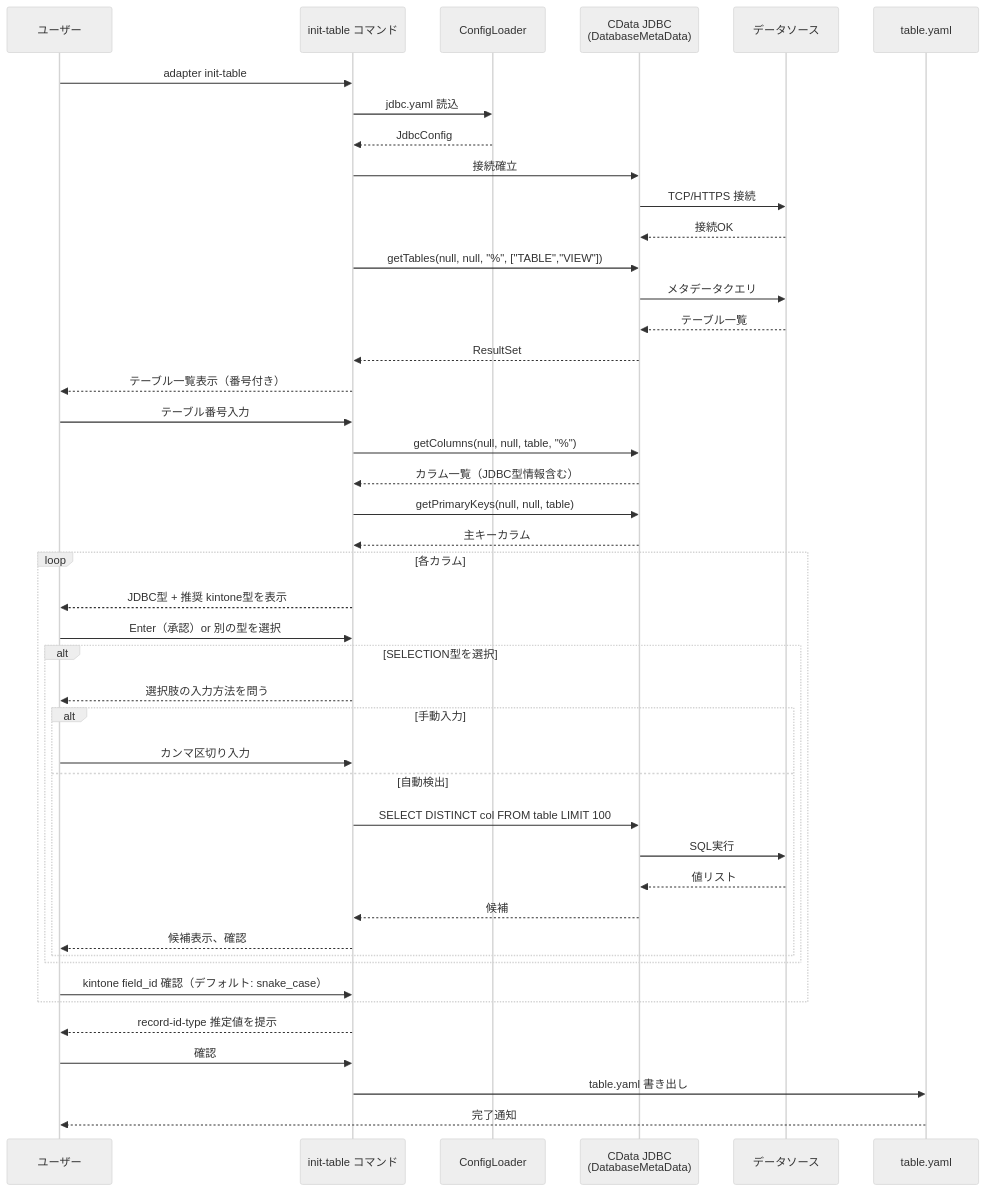
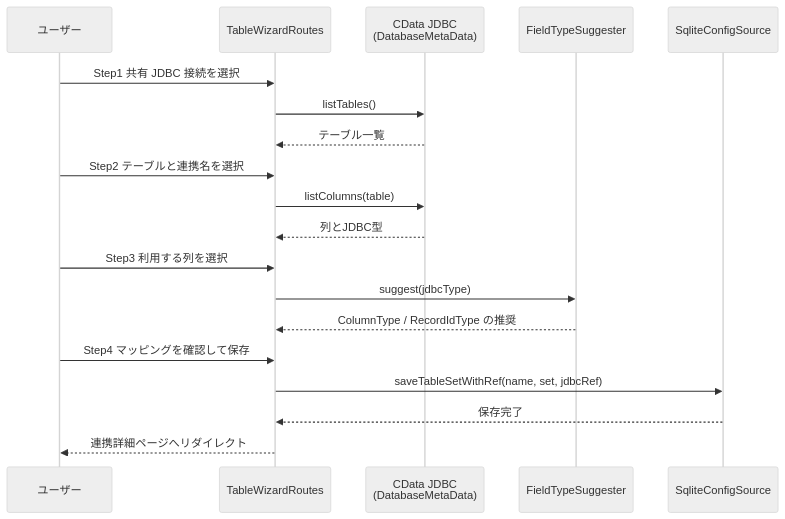
One commit to sugimomoto/KintoneExternalAppCDataSample changed the eighth of 11 diagrams in docs/functional-design.md. Above: the diagram before and after it, drawn with Mermaid (neutral theme). The commit also changed other lines of this file and 85 other files, not shown here.

First line of the commit message:
refactor(config): YAML 設定ストアを廃止し SQLite に一本化

````diff
--- a/docs/functional-design.md
+++ b/docs/functional-design.md
@@ -363,51 +369,22 @@
 ```mermaid
 sequenceDiagram
     participant U as ユーザー
-    participant CLI as init-table コマンド
-    participant CFG as ConfigLoader
+    participant W as TableWizardRoutes
     participant J as CData JDBC<br/>(DatabaseMetaData)
-    participant DS as データソース
-    participant FILE as table.yaml
+    participant FT as FieldTypeSuggester
+    participant CS as SqliteConfigSource
 
-    U->>CLI: adapter init-table
-    CLI->>CFG: jdbc.yaml 読込
-    CFG-->>CLI: JdbcConfig
-    CLI->>J: 接続確立
-    J->>DS: TCP/HTTPS 接続
-    DS-->>J: 接続OK
-
-    CLI->>J: getTables(null, null, "%", ["TABLE","VIEW"])
-    J->>DS: メタデータクエリ
-    DS-->>J: テーブル一覧
-    J-->>CLI: ResultSet
-    CLI-->>U: テーブル一覧表示（番号付き）
-
-    U->>CLI: テーブル番号入力
-    CLI->>J: getColumns(null, null, table, "%")
-    J-->>CLI: カラム一覧（JDBC型情報含む）
-    CLI->>J: getPrimaryKeys(null, null, table)
-    J-->>CLI: 主キーカラム
-
-    loop 各カラム
-        CLI-->>U: JDBC型 + 推奨 kintone型を表示
-        U->>CLI: Enter（承認）or 別の型を選択
-        alt SELECTION型を選択
-            CLI-->>U: 選択肢の入力方法を問う
-            alt 手動入力
-                U->>CLI: カンマ区切り入力
-            else 自動検出
-                CLI->>J: SELECT DISTINCT col FROM table LIMIT 100
-                J->>DS: SQL実行
-                DS-->>J: 値リスト
-                J-->>CLI: 候補
-                CLI-->>U: 候補表示、確認
-            end
-        end
-        U->>CLI: kintone field_id 確認（デフォルト: snake_case）
-    end
-
-    CLI-->>U: record-id-type 推定値を提示
-    U->>CLI: 確認
-    CLI->>FILE: table.yaml 書き出し
-    FILE-->>U: 完了通知
+    U->>W: Step1 共有 JDBC 接続を選択
+    W->>J: listTables()
+    J-->>W: テーブル一覧
+    U->>W: Step2 テーブルと連携名を選択
+    W->>J: listColumns(table)
+    J-->>W: 列とJDBC型
+    U->>W: Step3 利用する列を選択
+    W->>FT: suggest(jdbcType)
+    FT-->>W: ColumnType / RecordIdType の推奨
+    U->>W: Step4 マッピングを確認して保存
+    W->>CS: saveTableSetWithRef(name, set, jdbcRef)
+    CS-->>W: 保存完了
+    W-->>U: 連携詳細ページへリダイレクト
 ```
````
